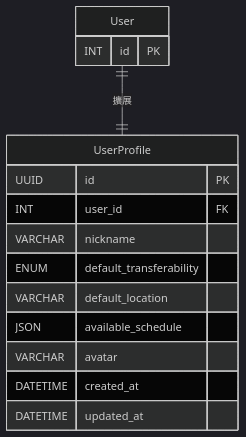
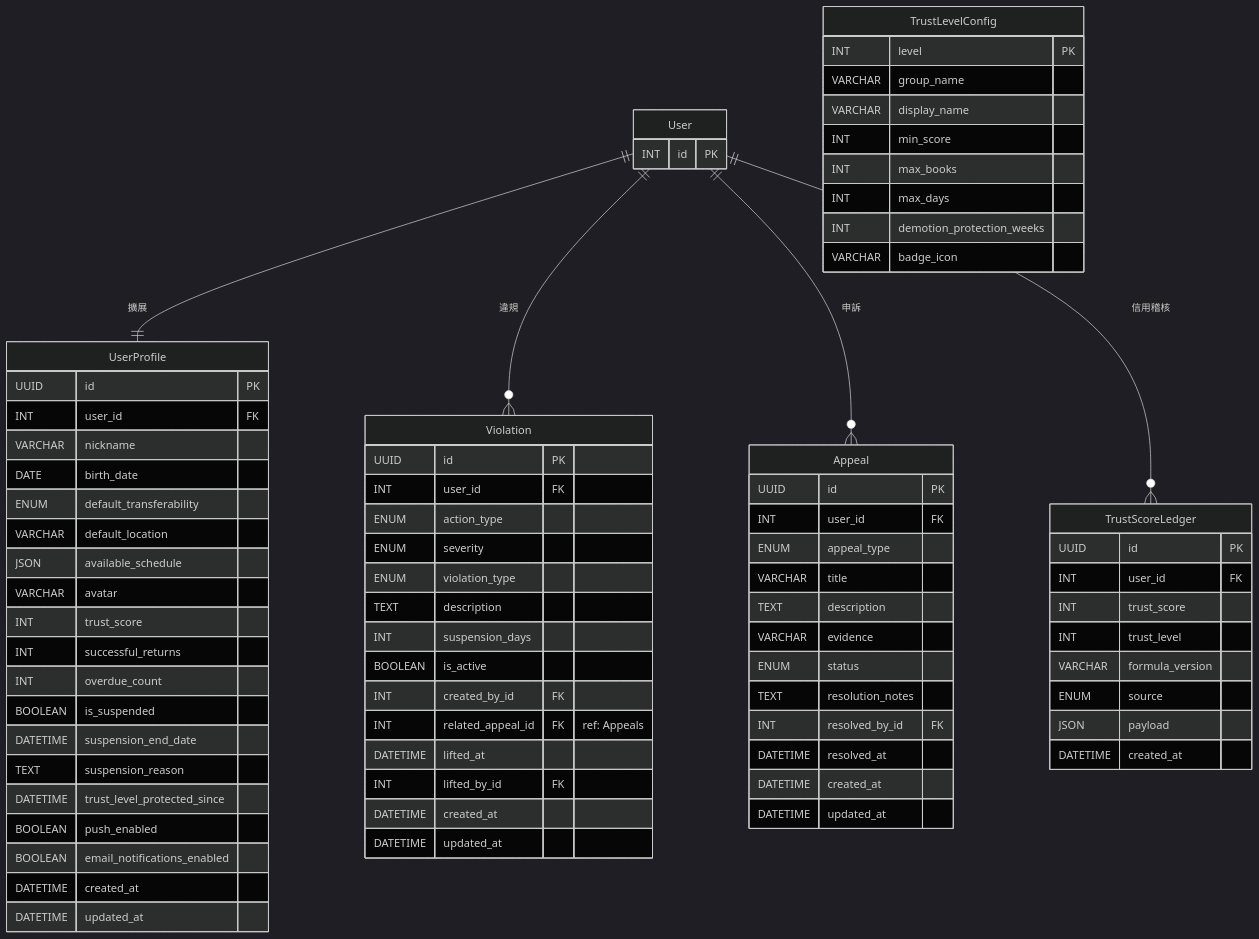
One commit to lucashsu95/exbooks changed the first of 3 diagrams in docs/er-diagram.md. Above: the diagram before and after it, drawn with Mermaid (dark theme). The commit also changed other lines of this file and 9 other files, not shown here.

````diff
--- a/docs/er-diagram.md
+++ b/docs/er-diagram.md
@@ -5,6 +5,9 @@
 ```mermaid
 erDiagram
     User ||--|| UserProfile : "擴展"
+    User ||--o{ Violation : "違規"
+    User ||--o{ Appeal : "申訴"
+    User ||--o{ TrustScoreLedger : "信用稽核"
 
     User {
         INT id PK
@@ -14,11 +17,75 @@
         UUID id PK
         INT user_id FK
         VARCHAR nickname
+        DATE birth_date
         ENUM default_transferability
         VARCHAR default_location
         JSON available_schedule
         VARCHAR avatar
+        INT trust_score
+        INT successful_returns
+        INT overdue_count
+        BOOLEAN is_suspended
+        DATETIME suspension_end_date
+        TEXT suspension_reason
+        DATETIME trust_level_protected_since
+        BOOLEAN push_enabled
+        BOOLEAN email_notifications_enabled
         DATETIME created_at
         DATETIME updated_at
     }
+
+    Violation {
+        UUID id PK
+        INT user_id FK
+        ENUM action_type
+        ENUM severity
+        ENUM violation_type
+        TEXT description
+        INT suspension_days
+        BOOLEAN is_active
+        INT created_by_id FK
+        INT related_appeal_id FK "ref: Appeals"
+        DATETIME lifted_at
+        INT lifted_by_id FK
+        DATETIME created_at
+        DATETIME updated_at
+    }
+
+    Appeal {
+        UUID id PK
+        INT user_id FK
+        ENUM appeal_type
+        VARCHAR title
+        TEXT description
+        VARCHAR evidence
+        ENUM status
+        TEXT resolution_notes
+        INT resolved_by_id FK
+        DATETIME resolved_at
+        DATETIME created_at
+        DATETIME updated_at
+    }
+
+    TrustLevelConfig {
+        INT level PK
+        VARCHAR group_name
+        VARCHAR display_name
+        INT min_score
+        INT max_books
+        INT max_days
+        INT demotion_protection_weeks
+        VARCHAR badge_icon
+    }
+
+    TrustScoreLedger {
+        UUID id PK
+        INT user_id FK
+        INT trust_score
+        INT trust_level
+        VARCHAR formula_version
+        ENUM source
+        JSON payload
+        DATETIME created_at
+    }
 ```
````
